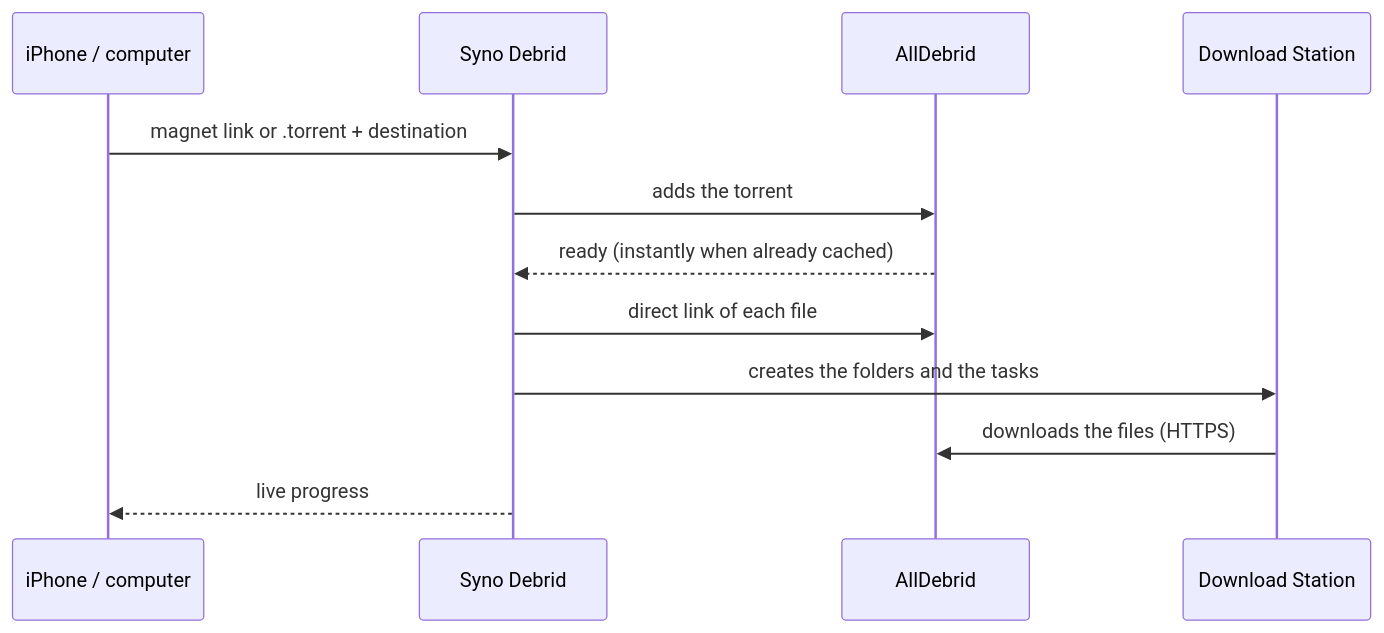
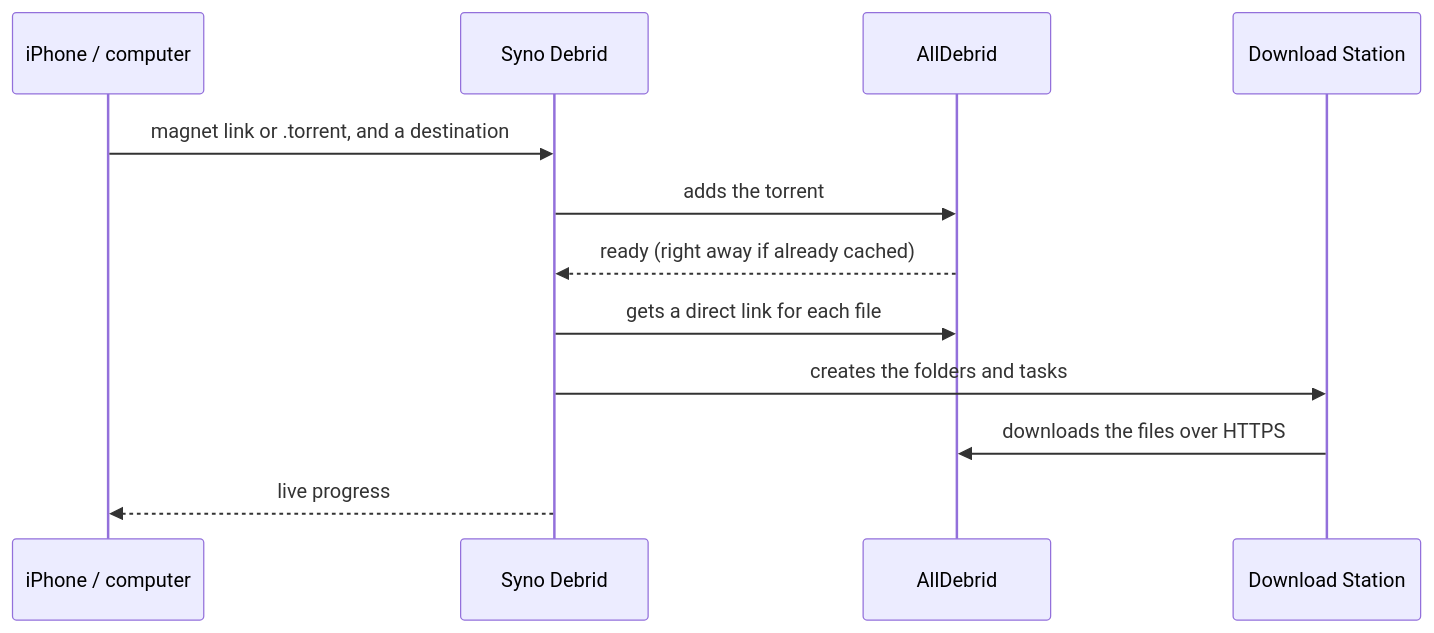
The diagram in README.md (piitaya/syno-debrid), drawn with Mermaid before and after one commit. The commit also changed other lines of this file and 1 other file, not shown here.

````diff
--- a/README.md
+++ b/README.md
@@ -61,14 +62,14 @@
 ```mermaid
 sequenceDiagram
     participant You as iPhone / computer
     participant App as Syno Debrid
     participant Debrid as AllDebrid
     participant DS as Download Station
-    You->>App: magnet link or .torrent + destination
+    You->>App: magnet link or .torrent, and a destination
     App->>Debrid: adds the torrent
-    Debrid-->>App: ready (instantly when already cached)
-    App->>Debrid: direct link of each file
-    App->>DS: creates the folders and the tasks
-    DS->>Debrid: downloads the files (HTTPS)
+    Debrid-->>App: ready (right away if already cached)
+    App->>Debrid: gets a direct link for each file
+    App->>DS: creates the folders and tasks
+    DS->>Debrid: downloads the files over HTTPS
     App-->>You: live progress
 ```
````
